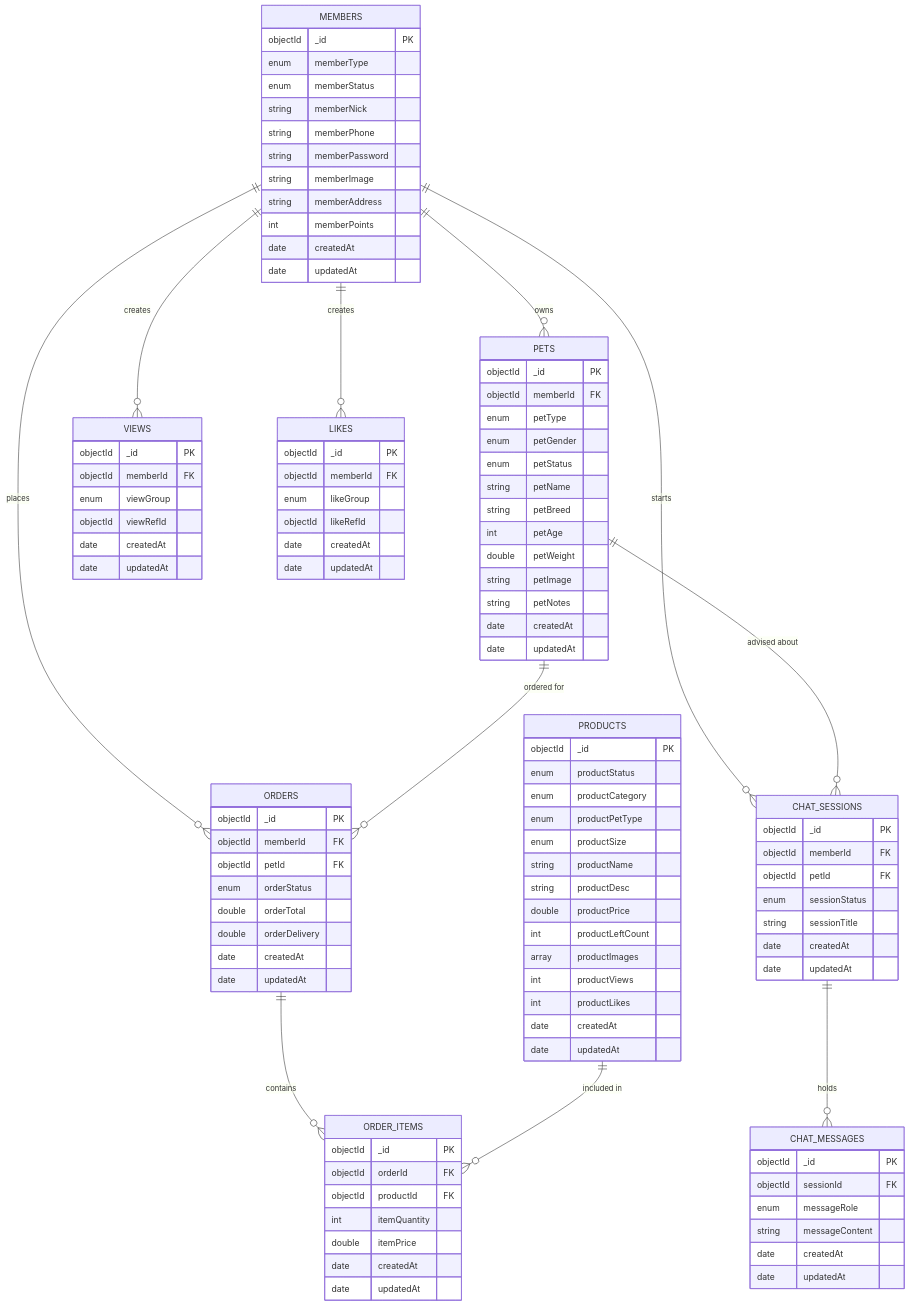
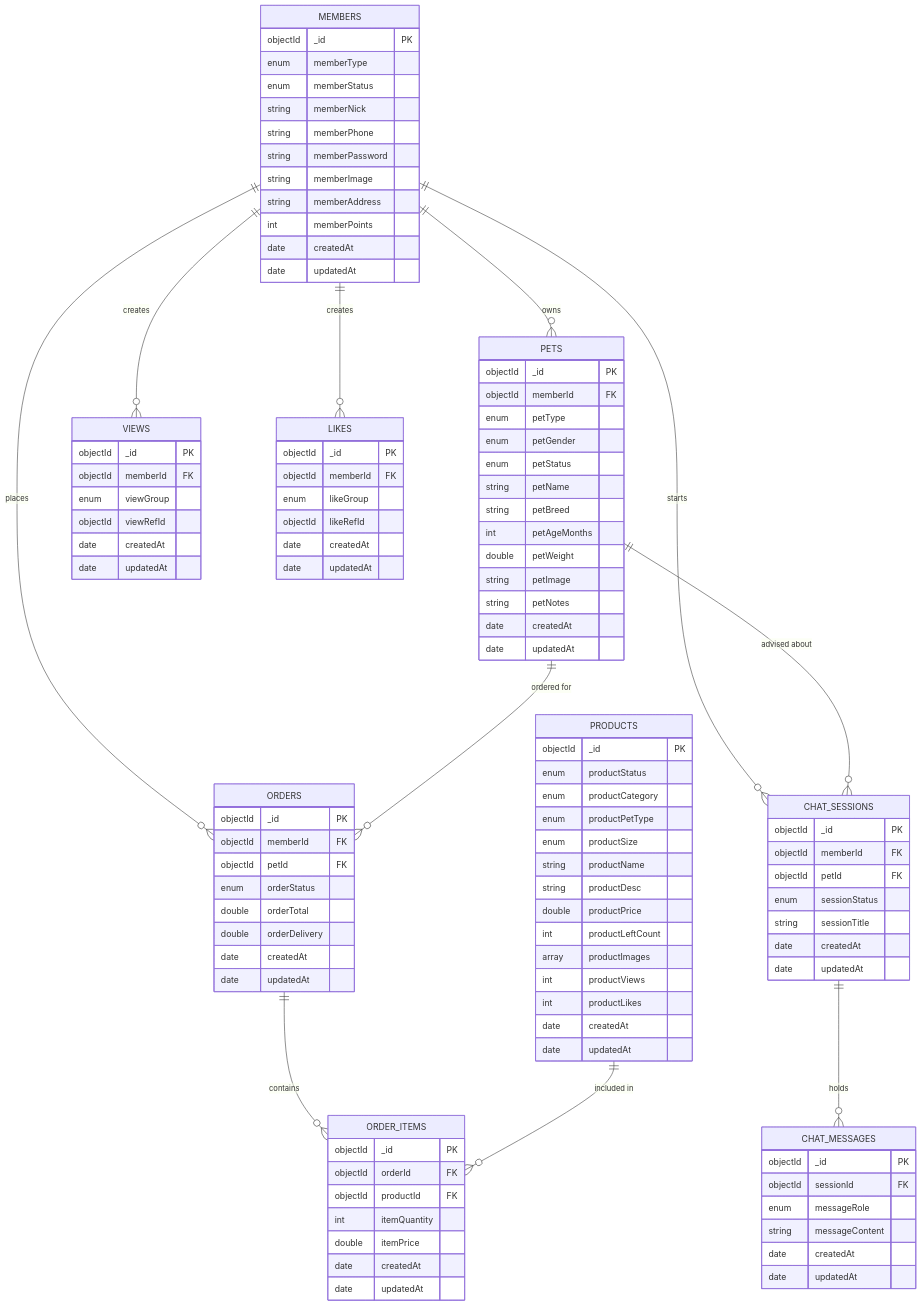
Before and after one commit to jonibekjumaev/petcare-platform: the diagram in docs/er-model.md, drawn with Mermaid. The commit also changed other lines of this file and 6 other files, not shown here.

```diff
--- a/docs/er-model.md
+++ b/docs/er-model.md
@@ -40,7 +40,7 @@
     enum petStatus
     string petName
     string petBreed
-    int petAge
+    int petAgeMonths
     double petWeight
     string petImage
     string petNotes
```
